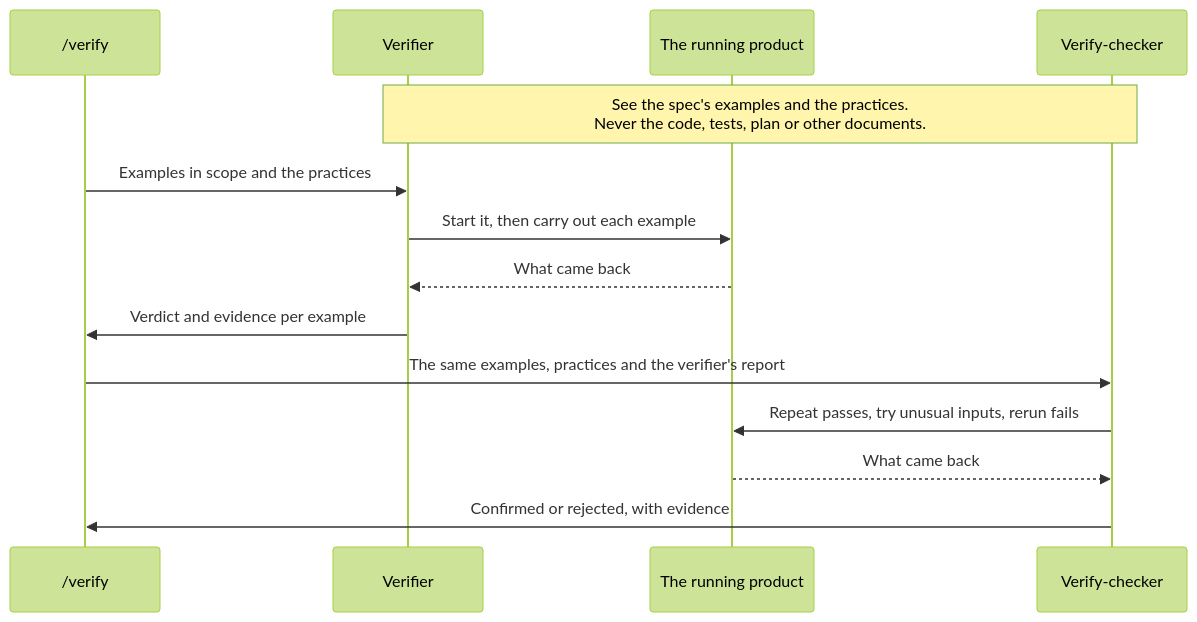
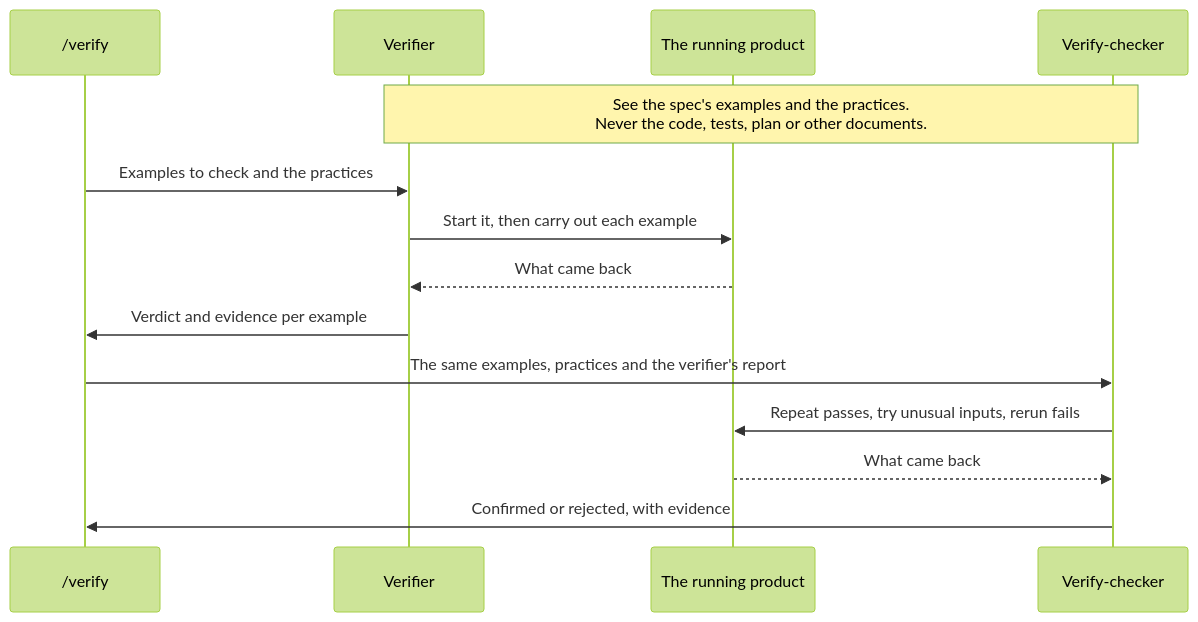
Before and after one commit to michaelmarconi/agentic-engineering: the second of 2 diagrams in docs/skills/verify.md, drawn with Mermaid (forest theme). The commit also changed other lines of this file and 1 other file, not shown here.

First line of the commit message:
Verify starts by agreeing which spec requirements to check

````diff
--- a/docs/skills/verify.md
+++ b/docs/skills/verify.md
@@ -128,16 +141,16 @@
 ```mermaid
 sequenceDiagram
     participant S as /verify
     participant V as Verifier
     participant P as The running product
     participant C as Verify-checker
     Note over V,C: See the spec's examples and the practices.<br/>Never the code, tests, plan or other documents.
-    S->>V: Examples in scope and the practices
+    S->>V: Examples to check and the practices
     V->>P: Start it, then carry out each example
     P-->>V: What came back
     V->>S: Verdict and evidence per example
     S->>C: The same examples, practices and the verifier's report
     C->>P: Repeat passes, try unusual inputs, rerun fails
     P-->>C: What came back
     C->>S: Confirmed or rejected, with evidence
 ```
````
